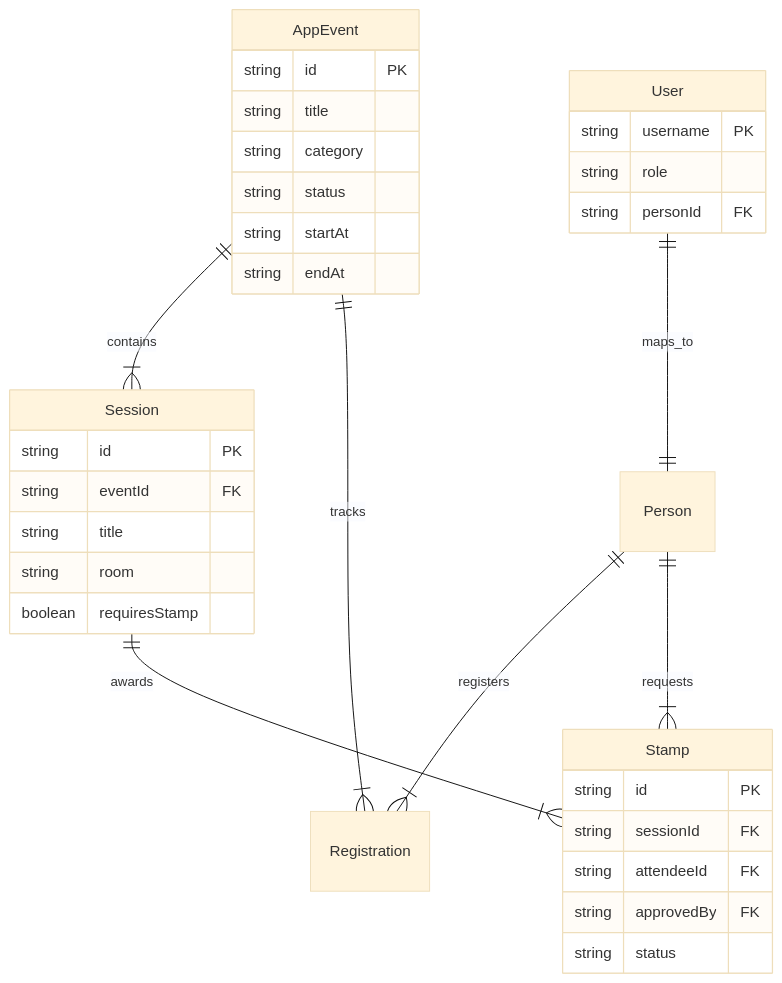
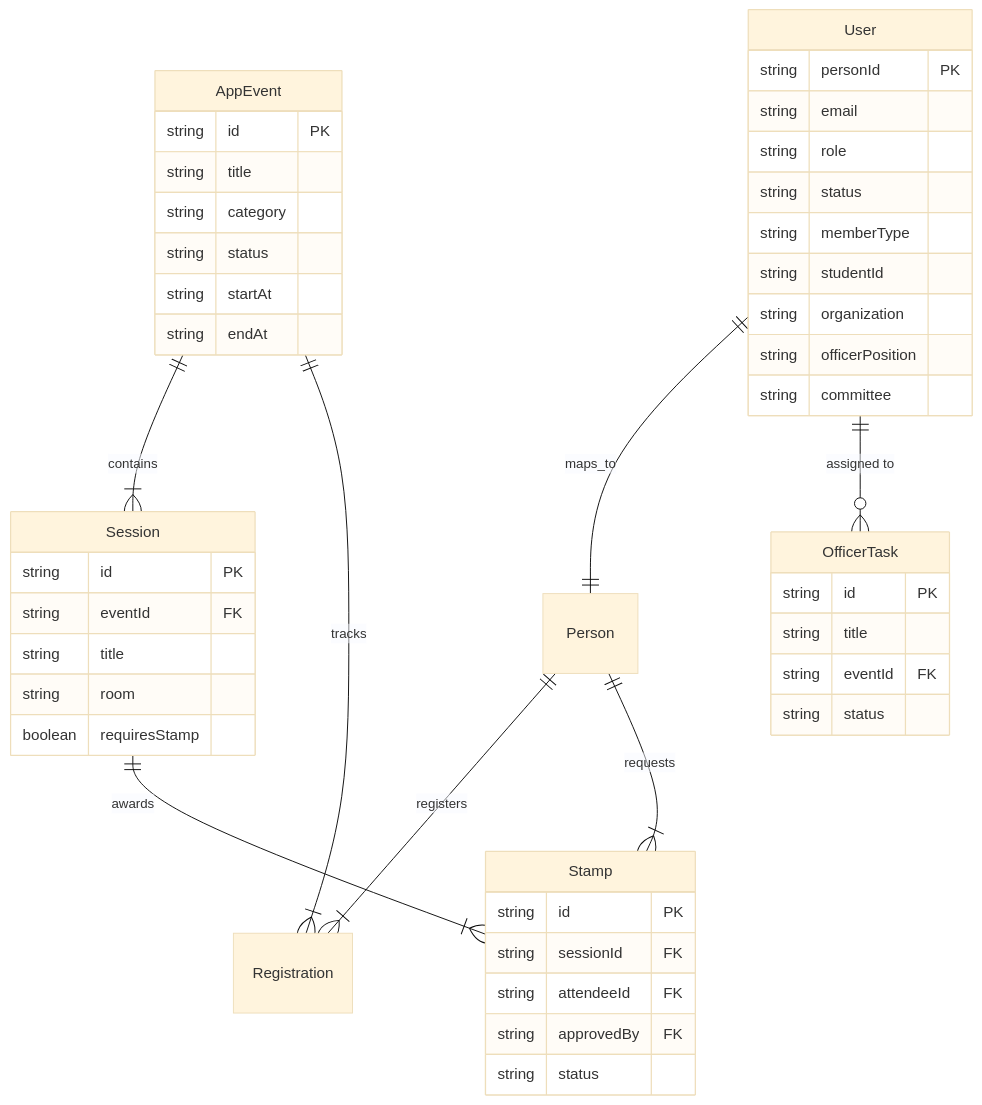
The second of 2 diagrams in ARCHITECTURE.md (mochatakahashi/aws-event-tracker-app), drawn with Mermaid (base theme) before and after one commit. The commit also changed other lines of this file and 43 other files, not shown here.

````diff
--- a/ARCHITECTURE.md
+++ b/ARCHITECTURE.md
@@ -120,40 +121,55 @@
 ```mermaid
 erDiagram
     AppEvent ||--|{ Session : contains
     AppEvent ||--|{ Registration : tracks
     User ||--|| Person : maps_to
     Person ||--|{ Registration : registers
     Person ||--|{ Stamp : requests
     Session ||--|{ Stamp : awards
 
     AppEvent {
         string id PK
         string title
         string category
         string status
         string startAt
         string endAt
     }
 
     Session {
         string id PK
         string eventId FK
         string title
         string room
         boolean requiresStamp
     }
 
     Stamp {
         string id PK
         string sessionId FK
         string attendeeId FK
         string approvedBy FK
         string status
     }
 
     User {
-        string username PK
+        string personId PK
+        string email
         string role
-        string personId FK
+        string status
+        string memberType
+        string studentId
+        string organization
+        string officerPosition
+        string committee
     }
+
+    OfficerTask {
+        string id PK
+        string title
+        string eventId FK
+        string status
+    }
+
+    User ||--o{ OfficerTask : "assigned to" 
 ```
````
